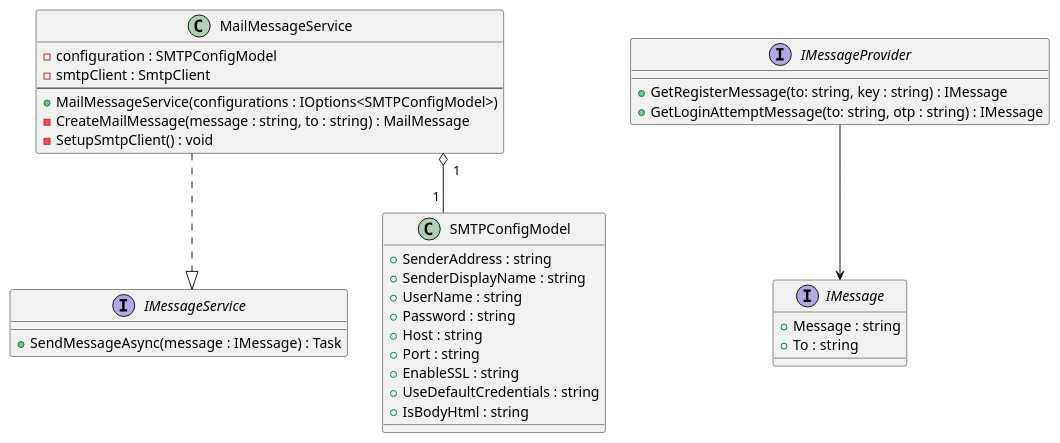
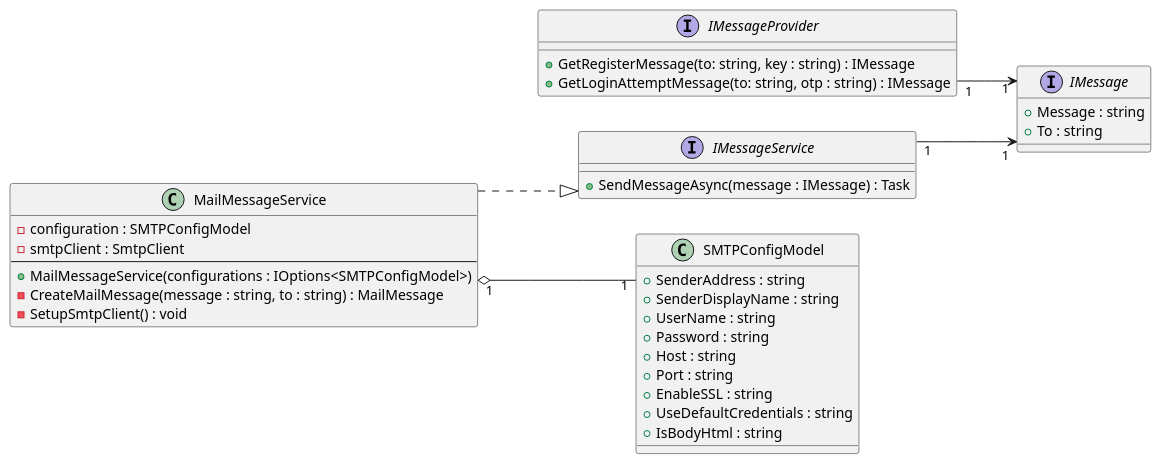
Before and after one commit to blackout1471/trust-us-school: the diagram in Docs/ClassDiagrams/MessageServiceClassDiagram.plantuml, drawn with PlantUML. The commit also changed 1 other file, not shown here.

Commit message:
Fix class diagram2 (#34)
* Fixed few arrows

* Fixed rene diagram

* Fixed it again

```diff
--- a/Docs/ClassDiagrams/MessageServiceClassDiagram.plantuml
+++ b/Docs/ClassDiagrams/MessageServiceClassDiagram.plantuml
@@ -1,49 +1,52 @@
 @startuml API class diagram
 
-top to bottom direction
+left to right direction
 skinparam linetype ortho
 'Services'
 interface IMessageService {
     +SendMessageAsync(message : IMessage) : Task
 }
 
 class MailMessageService{
     -configuration : SMTPConfigModel
     -smtpClient : SmtpClient
     --
     +MailMessageService(configurations : IOptions<SMTPConfigModel>)
     -CreateMailMessage(message : string, to : string) : MailMessage
     -SetupSmtpClient() : void 
 }
 
 'Service mappings'
 MailMessageService .-|> IMessageService
-MailMessageService"1" o-- "1"SMTPConfigModel
+MailMessageService"1" o-- "1" SMTPConfigModel
+
+IMessageService "1" --> "1" IMessage
+
 'Providers'
 interface IMessageProvider{
     +GetRegisterMessage(to: string, key : string) : IMessage
     +GetLoginAttemptMessage(to: string, otp : string) : IMessage
 }
 'Provider mapping'
-IMessageProvider --> IMessage
+IMessageProvider "1" --> "1" IMessage
 
 'Models'
 interface IMessage{
     +Message : string
     +To : string
 }
 
 
 class SMTPConfigModel {
     +SenderAddress : string
     +SenderDisplayName : string
     +UserName : string
     +Password : string
     +Host : string
     +Port : string
     +EnableSSL : string
     +UseDefaultCredentials : string
     +IsBodyHtml : string
 }
 
 @enduml
```
